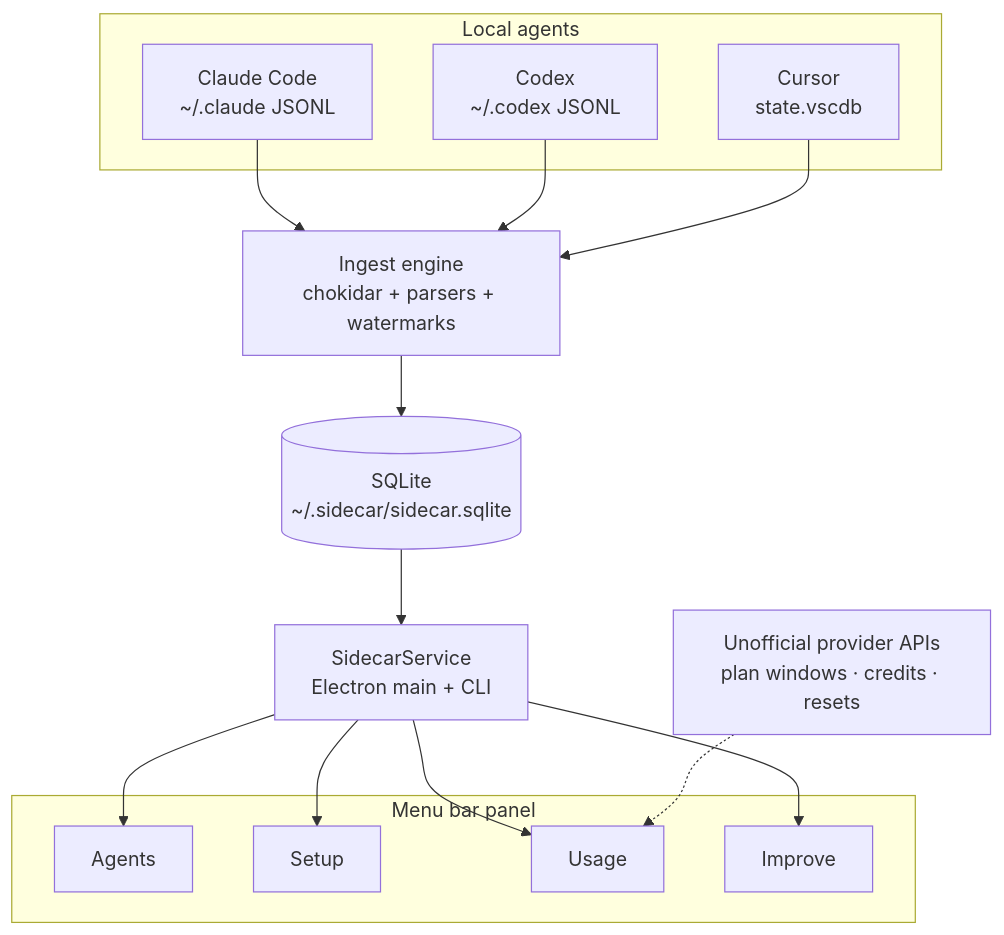
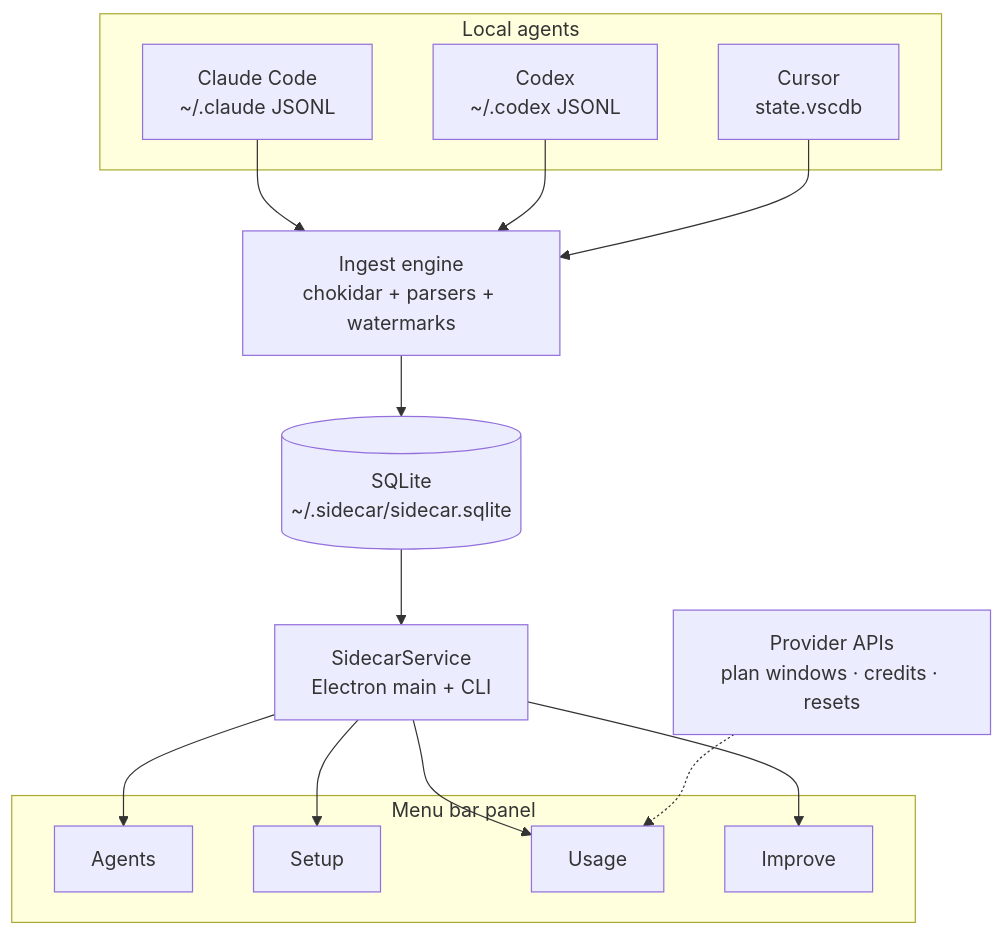
Before and after one commit to Avik-creator/sidecar: the diagram in README.md, drawn with Mermaid. The commit also changed other lines of this file, not shown here.

Commit message:
docs: describe live usage as provider APIs

````diff
--- a/README.md
+++ b/README.md
@@ -32,32 +32,32 @@
 ```mermaid
 flowchart TB
   subgraph sources [Local agents]
     Claude["Claude Code<br/>~/.claude JSONL"]
     Codex["Codex<br/>~/.codex JSONL"]
     Cursor["Cursor<br/>state.vscdb"]
   end
 
   Ingest["Ingest engine<br/>chokidar + parsers + watermarks"]
   DB[("SQLite<br/>~/.sidecar/sidecar.sqlite")]
   Service["SidecarService<br/>Electron main + CLI"]
 
   subgraph ui [Menu bar panel]
     Agents[Agents]
     Setup[Setup]
     Usage[Usage]
     Improve[Improve]
   end
 
-  APIs["Unofficial provider APIs<br/>plan windows · credits · resets"]
+  APIs["Provider APIs<br/>plan windows · credits · resets"]
 
   Claude --> Ingest
   Codex --> Ingest
   Cursor --> Ingest
   Ingest --> DB
   DB --> Service
   Service --> Agents
   Service --> Setup
   Service --> Usage
   Service --> Improve
   APIs -.-> Usage
 ```
````
